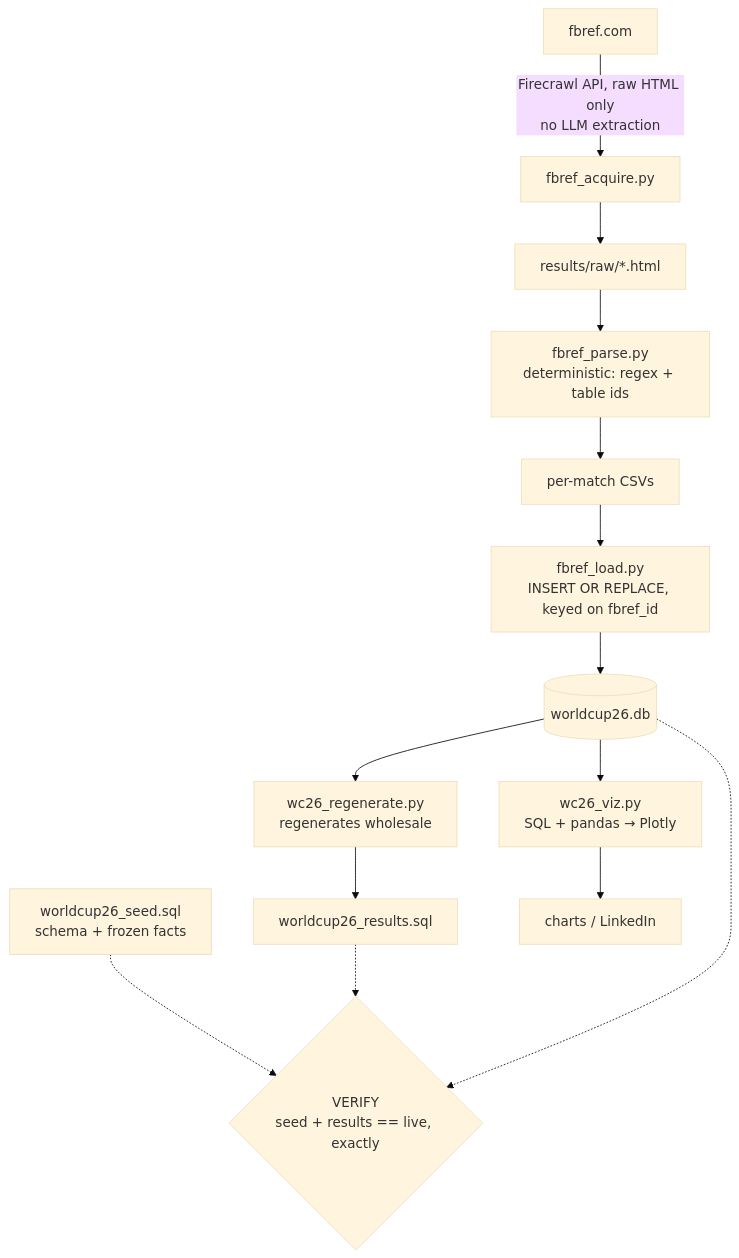
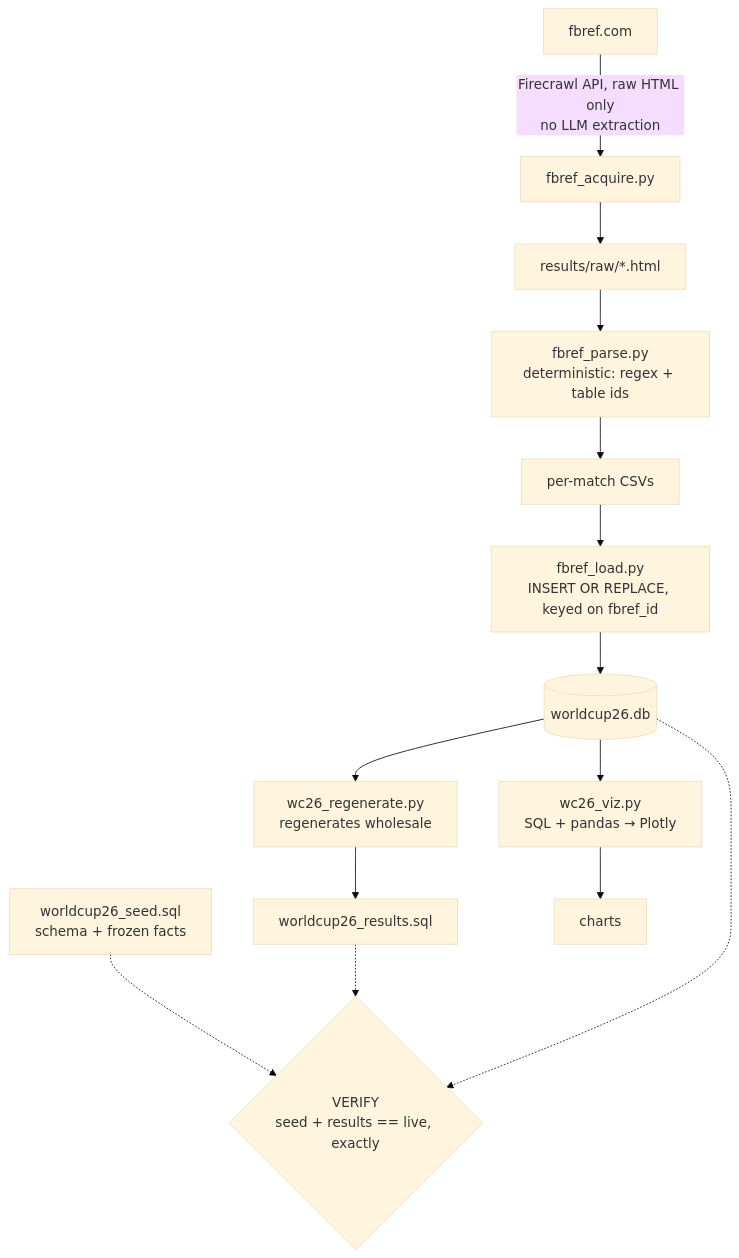
Before and after one commit to gontiverosl/world-cup-2026: the diagram in README.md, drawn with Mermaid (base theme). The commit also changed other lines of this file and 1 other file, not shown here.

````diff
--- a/README.md
+++ b/README.md
@@ -24,12 +19,12 @@
 ```mermaid
 flowchart TD
     FB[fbref.com] -->|Firecrawl API, raw HTML only<br>no LLM extraction| ACQ[fbref_acquire.py]
     ACQ --> RAW[results/raw/*.html]
     RAW --> PARSE[fbref_parse.py<br>deterministic: regex + table ids] --> CSV[per-match CSVs]
     CSV --> LOAD[fbref_load.py<br>INSERT OR REPLACE, keyed on fbref_id] --> DB[(worldcup26.db)]
     DB --> REGEN[wc26_regenerate.py<br>regenerates wholesale] --> RES[worldcup26_results.sql]
     SEED[worldcup26_seed.sql<br>schema + frozen facts] -.-> CHECK
     RES -.-> CHECK{VERIFY<br>seed + results == live, exactly}
     DB -.-> CHECK
-    DB --> VIZ[wc26_viz.py<br>SQL + pandas → Plotly] --> OUT[charts / LinkedIn]
+    DB --> VIZ[wc26_viz.py<br>SQL + pandas → Plotly] --> OUT[charts]
 ```
````
